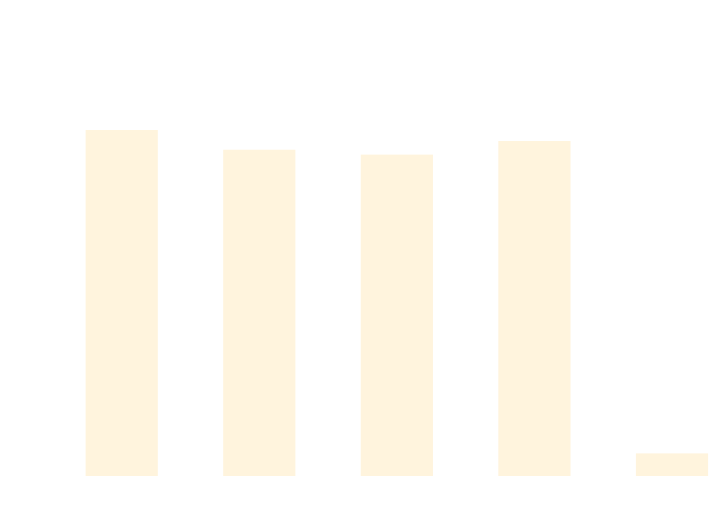
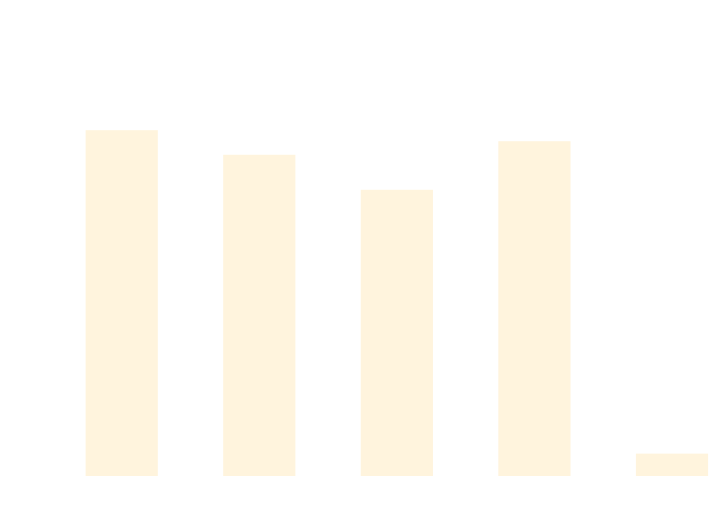
One commit to thomhurst/TUnit changed the diagram in docs/docs/benchmarks/DataDrivenTests.md. Above: the diagram before and after it, drawn with Mermaid. The commit also changed other lines of this file and 17 other files, not shown here.

````diff
--- a/docs/docs/benchmarks/DataDrivenTests.md
+++ b/docs/docs/benchmarks/DataDrivenTests.md
@@ -27,37 +27,37 @@
 ```mermaid
 %%{init: {
   'theme':'base',
   'themeVariables': {
     'primaryColor': '#2563eb',
     'primaryTextColor': '#ffffff',
     'primaryBorderColor': '#1e40af',
     'lineColor': '#6b7280',
     'secondaryColor': '#7c3aed',
     'tertiaryColor': '#dc2626',
     'background': '#ffffff',
     'mainBkg': '#2563eb',
     'secondBkg': '#7c3aed',
     'tertiaryBkg': '#dc2626',
     'clusterBkg': '#f3f4f6',
     'edgeLabelBackground': '#ffffff',
     'tertiaryTextColor': '#1f2937',
     'pie1': '#2563eb',
     'pie2': '#7c3aed',
     'pie3': '#dc2626',
     'pie4': '#f59e0b',
     'pie5': '#10b981',
     'pie6': '#06b6d4',
     'pie7': '#ec4899',
     'pie8': '#6366f1',
     'pie9': '#84cc16',
     'pie10': '#f97316',
     'pie11': '#14b8a6',
     'pie12': '#a855f7'
   }
 }}%%
 xychart-beta
   title "DataDrivenTests Performance Comparison"
   x-axis ["TUnit", "NUnit", "MSTest", "xUnit3", "TUnit_AOT"]
-  y-axis "Time (ms)" 0 --> 750
-  bar [624.95, 588.43, 579.42, 604.64, 26.14]
+  y-axis "Time (ms)" 0 --> 711
+  bar [592.19, 549.01, 487.55, 572.8, 24.36]
 ```
````
